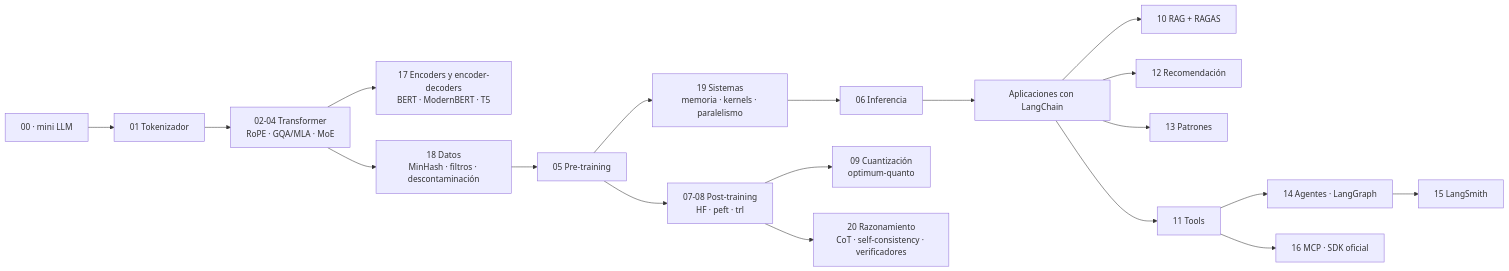
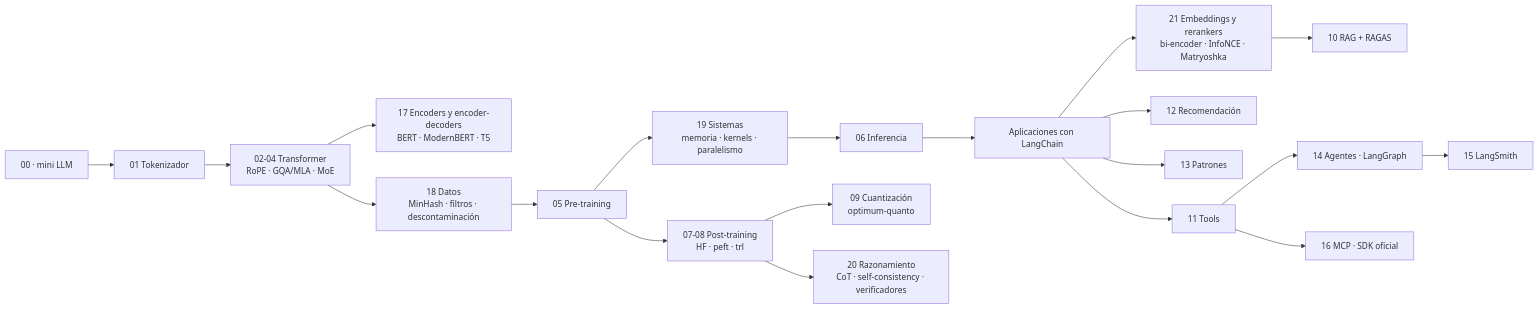
The diagram in docs/es/README.md (ZoodiacR/llm-edu-suite), drawn with Mermaid before and after one commit. The commit also changed other lines of this file and 25 other files, not shown here.

First line of the commit message:
Add embeddings/rerankers notebook, multi-agent and sandbox, advanced MCP (v2.5)

````diff
--- a/docs/es/README.md
+++ b/docs/es/README.md
@@ -44,21 +46,22 @@
 ```mermaid
 flowchart LR
     Z[00 · mini LLM] --> B[01 Tokenizador]
     B --> C[02-04 Transformer<br/>RoPE · GQA/MLA · MoE]
     C --> Q["17 Encoders y encoder-decoders<br/>BERT · ModernBERT · T5"]
     C --> P["18 Datos<br/>MinHash · filtros · descontaminación"]
     P --> D[05 Pre-training]
     D --> S["19 Sistemas<br/>memoria · kernels · paralelismo"]
     S --> E[06 Inferencia]
     D --> F["07-08 Post-training<br/>HF · peft · trl"]
     F --> G["09 Cuantización<br/>optimum-quanto"]
     F --> R["20 Razonamiento<br/>CoT · self-consistency · verificadores"]
     E --> H[Aplicaciones con LangChain]
-    H --> I["10 RAG + RAGAS"]
+    H --> T["21 Embeddings y rerankers<br/>bi-encoder · InfoNCE · Matryoshka"]
+    T --> I["10 RAG + RAGAS"]
     H --> K[12 Recomendación]
     H --> L[13 Patrones]
     H --> J[11 Tools]
     J --> M["14 Agentes · LangGraph"]
     J --> N["16 MCP · SDK oficial"]
     M --> O["15 LangSmith"]
 ```
````
